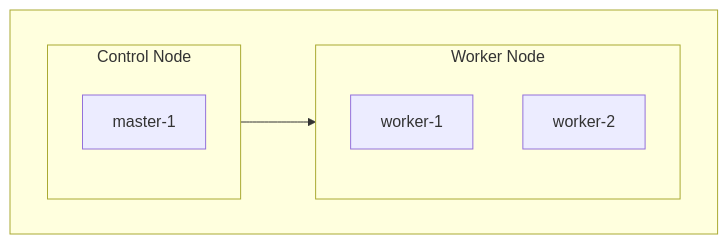
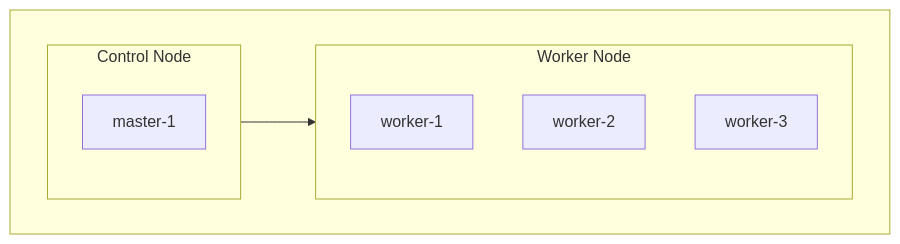
The diagram in README.md (kuroweb/k8s), drawn with Mermaid before and after one commit.

````diff
--- a/README.md
+++ b/README.md
@@ -13,17 +13,18 @@
 ```mermaid
 graph
   direction LR
 
   subgraph k8s[" "]
     subgraph control["Control Node"]
       master-1
     end
 
     subgraph worker["Worker Node"]
       worker-1
       worker-2
+      worker-3
     end
   end
 
   control-->worker
 ```
````
